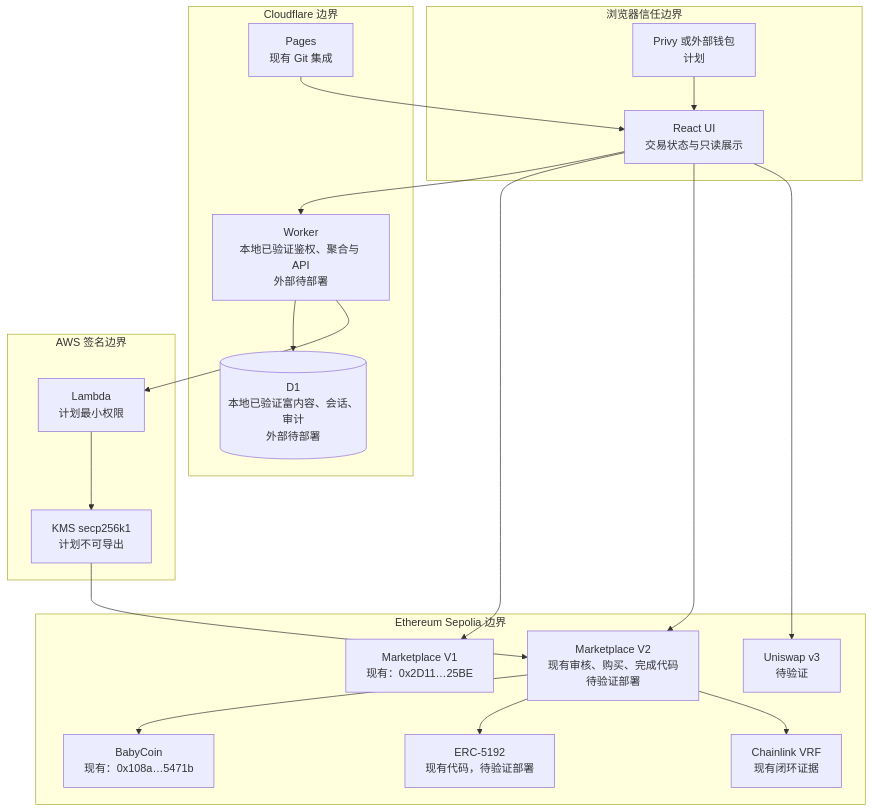
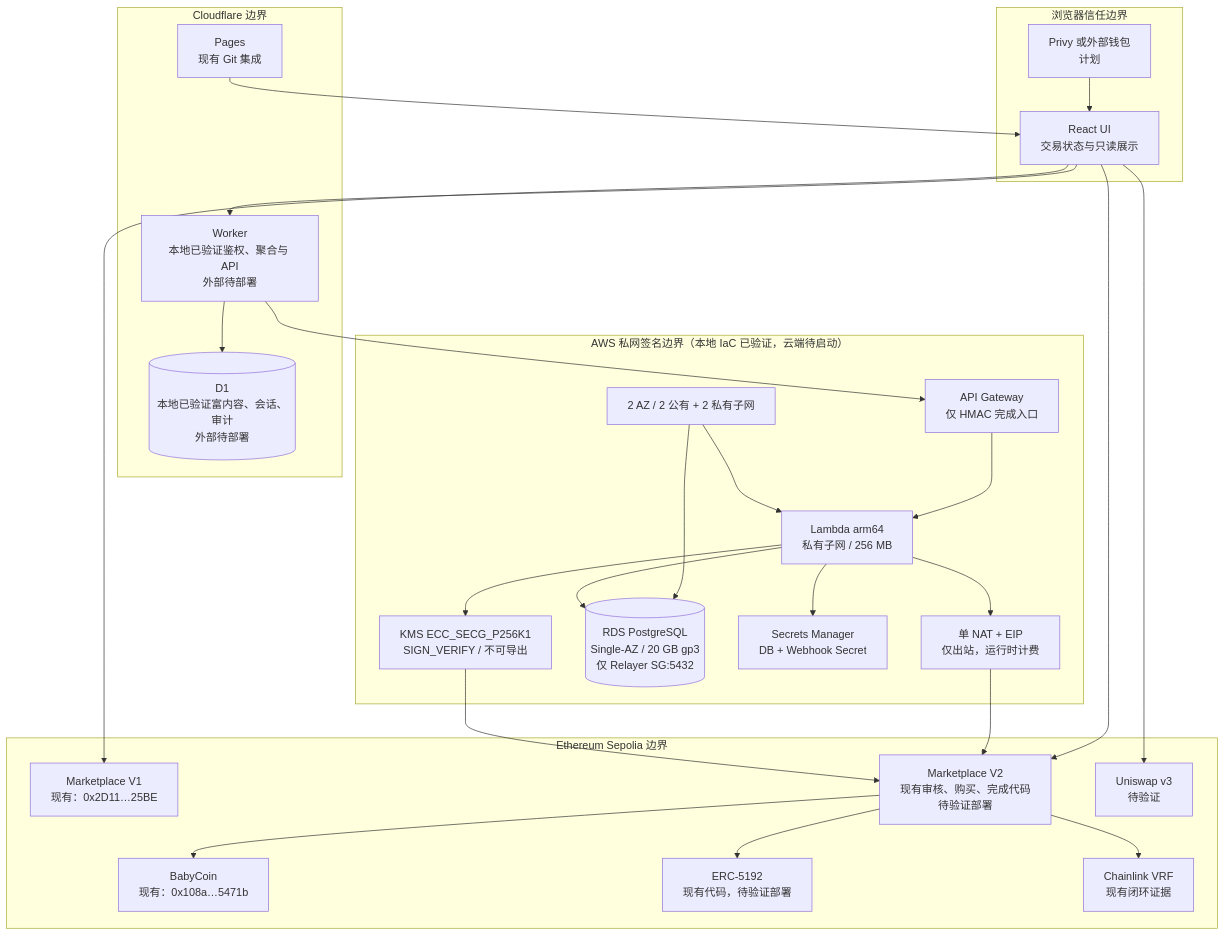
Before and after one commit to Tiancheng-Xu/babysteps: the fourth of 8 diagrams in docs/architecture/starbuddy-web3-architecture.mmd, drawn with Mermaid. The commit also changed other lines of this file and 4 other files, not shown here.

````diff
--- a/docs/architecture/starbuddy-web3-architecture.mmd
+++ b/docs/architecture/starbuddy-web3-architecture.mmd
@@ -87,35 +91,47 @@
 ```mermaid
 flowchart TB
     subgraph browser["浏览器信任边界"]
         ui["React UI<br/>交易状态与只读展示"]
         wallet["Privy 或外部钱包<br/>计划"]
     end
     subgraph cloudflare["Cloudflare 边界"]
         pages["Pages<br/>现有 Git 集成"]
         worker2["Worker<br/>本地已验证鉴权、聚合与 API<br/>外部待部署"]
         d12[("D1<br/>本地已验证富内容、会话、审计<br/>外部待部署")]
     end
     subgraph ethereum["Ethereum Sepolia 边界"]
         baby["BabyCoin<br/>现有：0x108a…5471b"]
         oldMarket["Marketplace V1<br/>现有：0x2D11…25BE"]
         newMarket["Marketplace V2<br/>现有审核、购买、完成代码<br/>待验证部署"]
         cert["ERC-5192<br/>现有代码，待验证部署"]
         uni["Uniswap v3<br/>待验证"]
         chainlink["Chainlink VRF<br/>现有闭环证据"]
     end
-    subgraph aws["AWS 签名边界"]
-        relayer["Lambda<br/>计划最小权限"]
-        key["KMS secp256k1<br/>计划不可导出"]
+    subgraph aws["AWS 私网签名边界（本地 IaC 已验证，云端待启动）"]
+        apigw["API Gateway<br/>仅 HMAC 完成入口"]
+        subnets["2 AZ / 2 公有 + 2 私有子网"]
+        nat["单 NAT + EIP<br/>仅出站，运行时计费"]
+        relayer["Lambda arm64<br/>私有子网 / 256 MB"]
+        db[("RDS PostgreSQL<br/>Single-AZ / 20 GB gp3<br/>仅 Relayer SG:5432")]
+        secrets["Secrets Manager<br/>DB + Webhook Secret"]
+        key["KMS ECC_SECG_P256K1<br/>SIGN_VERIFY / 不可导出"]
     end
 
     pages --> ui
     wallet --> ui
     ui --> worker2 --> d12
     ui --> oldMarket
     ui --> newMarket
     ui --> uni
     newMarket --> baby
     newMarket --> cert
     newMarket --> chainlink
-    worker2 --> relayer --> key --> newMarket
+    worker2 --> apigw --> relayer
+    subnets --> relayer
+    subnets --> db
+    relayer --> db
+    relayer --> secrets
+    relayer --> key
+    relayer --> nat --> newMarket
+    key --> newMarket
 ```
````
